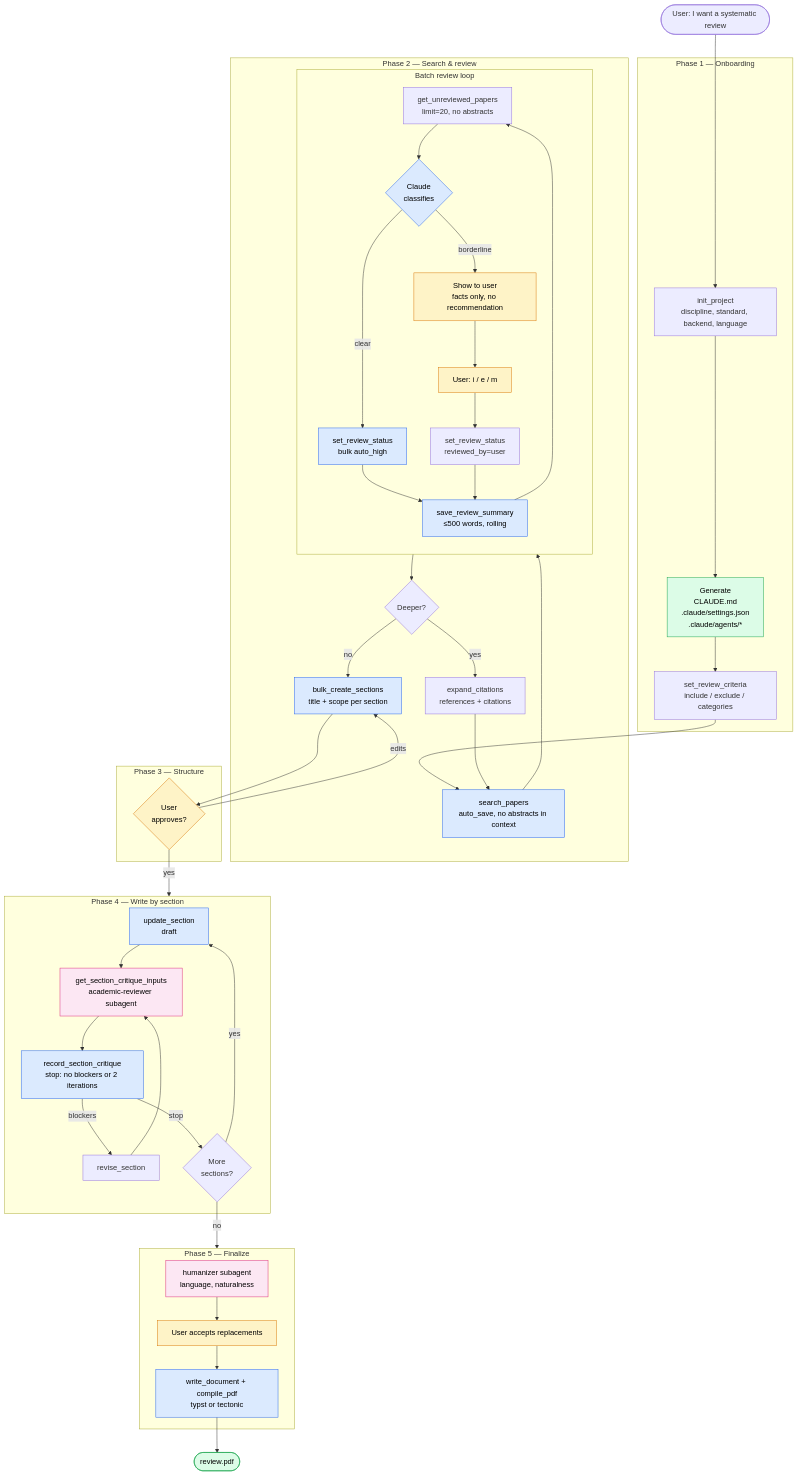
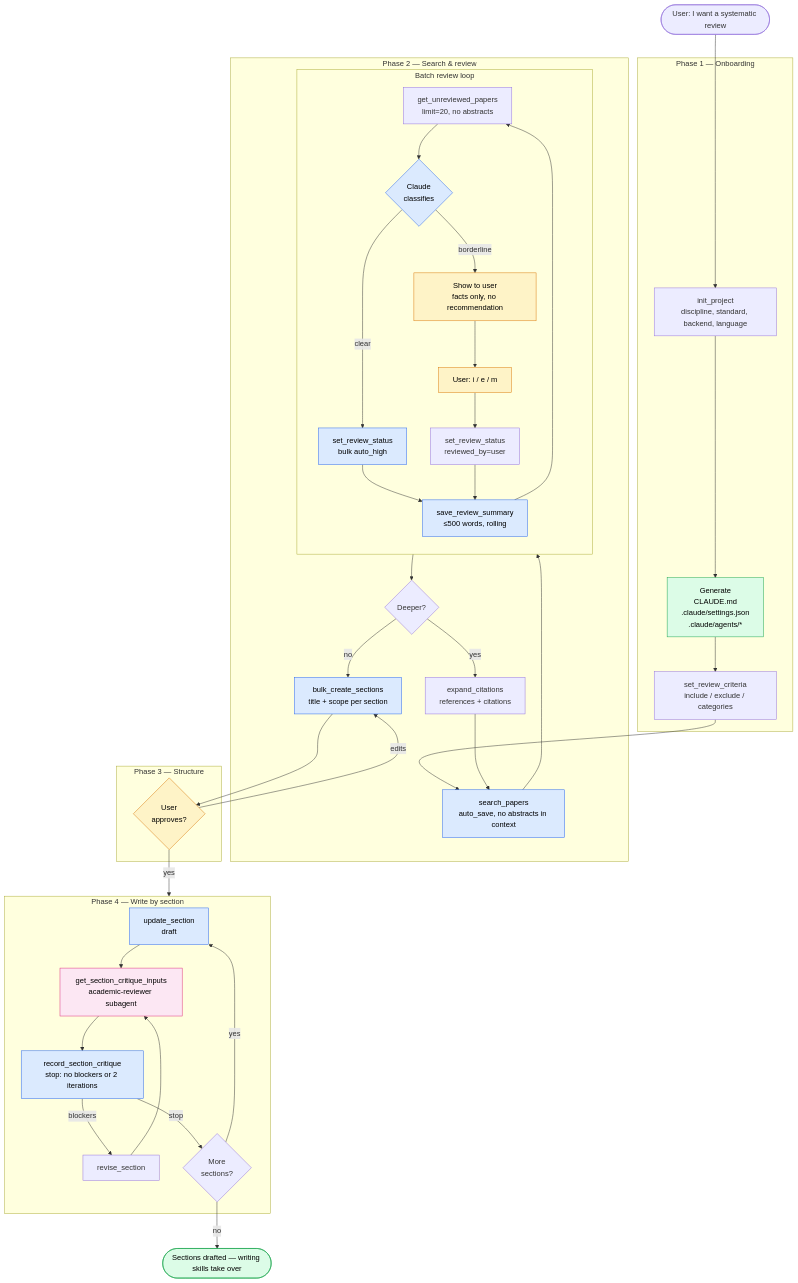
One commit to notaskynet/snowcite changed the diagram in README.md. Above: the diagram before and after it, drawn with Mermaid. The commit also changed other lines of this file and 43 other files, not shown here.

Commit message:
refactor: drop document building and PDF; next_step ends at synthesis

````diff
--- a/README.md
+++ b/README.md
@@ -9,73 +9,65 @@
 ```mermaid
 flowchart TD
     Start([User: I want a systematic review]) --> Init
 
     subgraph Phase1["Phase 1 — Onboarding"]
         Init["init_project<br/>discipline, standard, backend, language"]
         Init --> GenFiles["Generate<br/>CLAUDE.md<br/>.claude/settings.json<br/>.claude/agents/*"]
         GenFiles --> Criteria["set_review_criteria<br/>include / exclude / categories"]
     end
 
     Criteria --> Search
 
     subgraph Phase2["Phase 2 — Search &amp; review"]
         Search["search_papers<br/>auto_save, no abstracts in context"]
         Search --> ReviewLoop
 
         subgraph ReviewLoop["Batch review loop"]
             direction TB
             GetBatch["get_unreviewed_papers<br/>limit=20, no abstracts"]
             GetBatch --> AutoClassify{"Claude<br/>classifies"}
             AutoClassify -->|clear| BulkApprove["set_review_status<br/>bulk auto_high"]
             AutoClassify -->|borderline| AskUser["Show to user<br/>facts only, no recommendation"]
             AskUser --> UserDecide["User: i / e / m"]
             UserDecide --> SingleStatus["set_review_status<br/>reviewed_by=user"]
             BulkApprove --> Summary["save_review_summary<br/>≤500 words, rolling"]
             SingleStatus --> Summary
             Summary --> GetBatch
         end
 
         ReviewLoop --> Snowball{"Deeper?"}
         Snowball -->|yes| Expand["expand_citations<br/>references + citations"]
         Expand --> Search
         Snowball -->|no| Outline
     end
 
     subgraph Phase3["Phase 3 — Structure"]
         Outline["bulk_create_sections<br/>title + scope per section"]
         Outline --> OutlineOk{"User<br/>approves?"}
         OutlineOk -->|edits| Outline
     end
 
     OutlineOk -->|yes| Phase4
 
     subgraph Phase4["Phase 4 — Write by section"]
         Draft["update_section<br/>draft"]
         Draft --> Critique["get_section_critique_inputs<br/>academic-reviewer subagent"]
         Critique --> Record["record_section_critique<br/>stop: no blockers or 2 iterations"]
         Record -->|blockers| Revise["revise_section"]
         Revise --> Critique
         Record -->|stop| NextSec{"More<br/>sections?"}
         NextSec -->|yes| Draft
     end
 
-    NextSec -->|no| Phase5
-
-    subgraph Phase5["Phase 5 — Finalize"]
-        Humanizer["humanizer subagent<br/>language, naturalness"]
-        Humanizer --> FixLang["User accepts replacements"]
-        FixLang --> Compile["write_document + compile_pdf<br/>typst or tectonic"]
-    end
-
-    Compile --> Done([review.pdf])
+    NextSec -->|no| Done([Sections drafted — writing skills take over])
 
     classDef user fill:#fef3c7,stroke:#d97706,color:#000
     classDef auto fill:#dbeafe,stroke:#2563eb,color:#000
     classDef agent fill:#fce7f3,stroke:#db2777,color:#000
     classDef output fill:#dcfce7,stroke:#16a34a,color:#000
 
     class AskUser,UserDecide,OutlineOk,FixLang user
     class AutoClassify,BulkApprove,Search,Summary,Outline,Draft,Record,Compile auto
     class Critique,Humanizer agent
     class Done,GenFiles output
 ```
````
